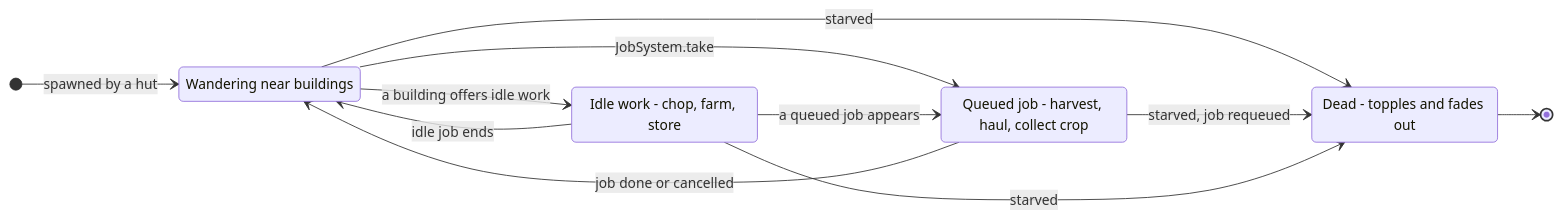
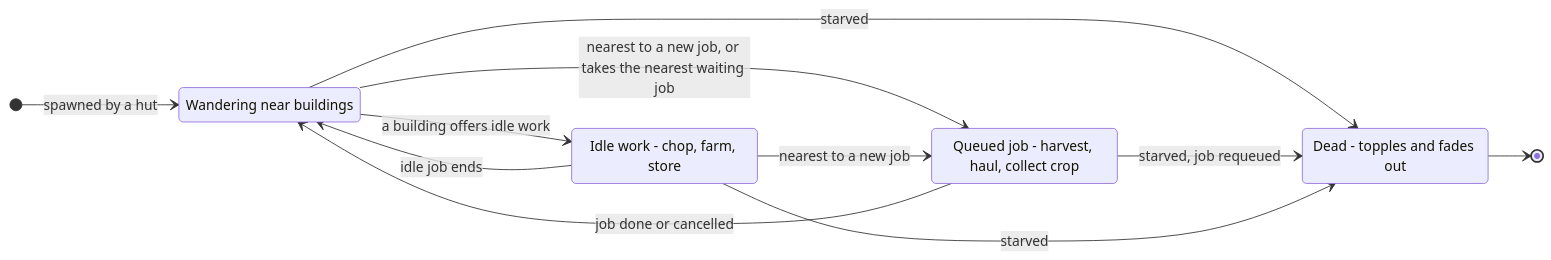
The fifth of 10 diagrams in docs/architecture.md (Liam-M-Mays/game-jam-2026), drawn with Mermaid before and after one commit. The commit also changed other lines of this file and 25 other files, not shown here.

First line of the commit message:
Jobs and free meeples find the nearest, with no job limit

````diff
--- a/docs/architecture.md
+++ b/docs/architecture.md
@@ -218,19 +214,19 @@
 ```mermaid
 stateDiagram-v2
     direction LR
     Wandering: Wandering near buildings
     QueuedJob: Queued job - harvest, haul, collect crop
     IdleWork: Idle work - chop, farm, store
     Dead: Dead - topples and fades out
 
     [*] --> Wandering: spawned by a hut
-    Wandering --> QueuedJob: JobSystem.take
+    Wandering --> QueuedJob: nearest to a new job, or takes the nearest waiting job
     Wandering --> IdleWork: a building offers idle work
-    IdleWork --> QueuedJob: a queued job appears
+    IdleWork --> QueuedJob: nearest to a new job
     IdleWork --> Wandering: idle job ends
     QueuedJob --> Wandering: job done or cancelled
     Wandering --> Dead: starved
     QueuedJob --> Dead: starved, job requeued
     IdleWork --> Dead: starved
     Dead --> [*]
 ```
````
